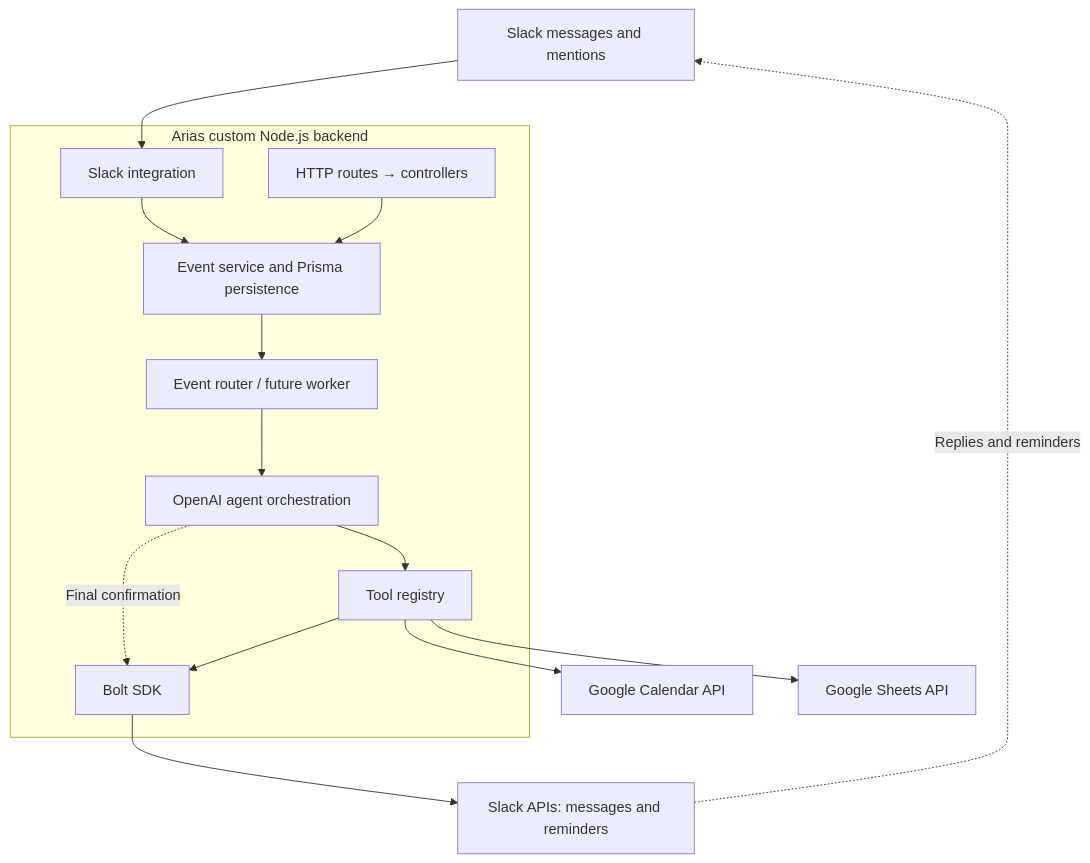
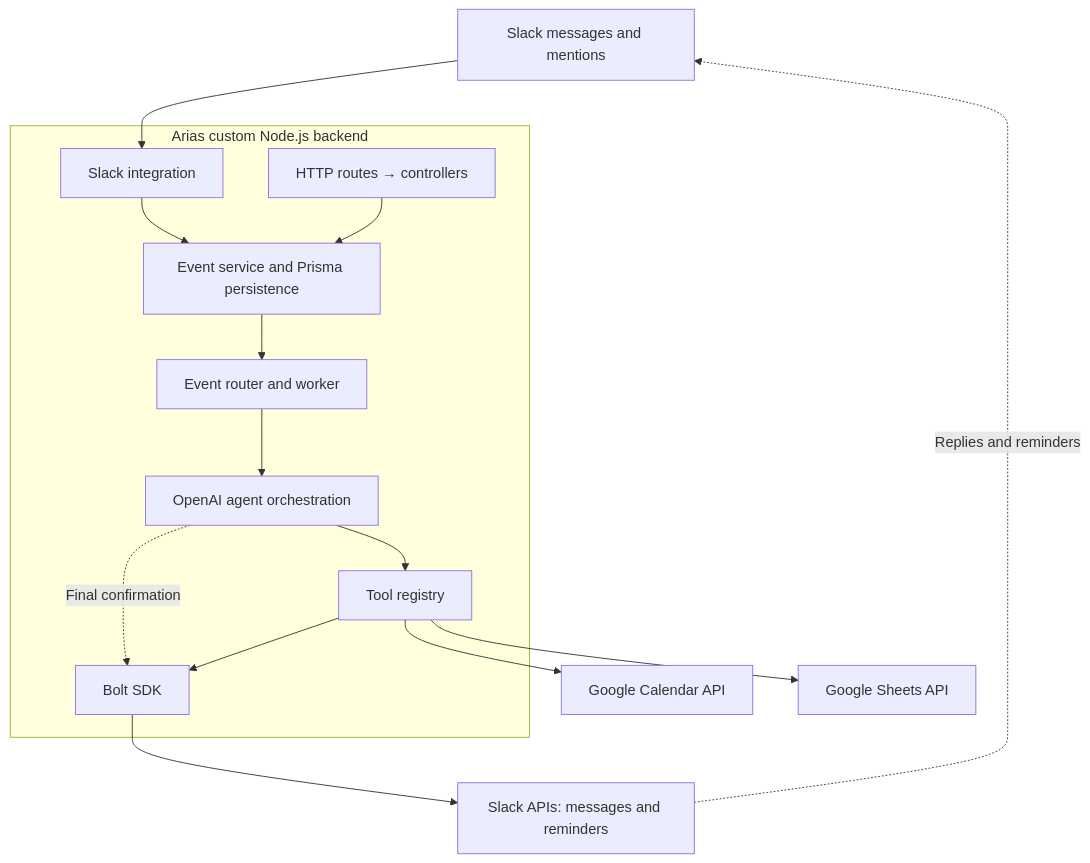
Before and after one commit to Hosea-kibet/Arias: the diagram in README.md, drawn with Mermaid. The commit also changed other lines of this file and 17 other files, not shown here.

````diff
--- a/README.md
+++ b/README.md
@@ -9,17 +9,17 @@
 ```mermaid
 flowchart TD
   Slack[Slack messages and mentions] --> SlackIntegration
   subgraph Backend[Arias custom Node.js backend]
     SlackIntegration[Slack integration] --> Events[Event service and Prisma persistence]
     HTTP[HTTP routes → controllers] --> Events
-    Events --> Router[Event router / future worker]
+    Events --> Router[Event router and worker]
     Router --> OpenAI[OpenAI agent orchestration]
     OpenAI --> Tools[Tool registry]
     OpenAI -. Final confirmation .-> BoltSDK[Bolt SDK]
     Tools --> BoltSDK
   end
   Tools --> Calendar[Google Calendar API]
   Tools --> Sheets[Google Sheets API]
   BoltSDK --> SlackAPIs[Slack APIs: messages and reminders]
   SlackAPIs -. Replies and reminders .-> Slack
 ```
````
